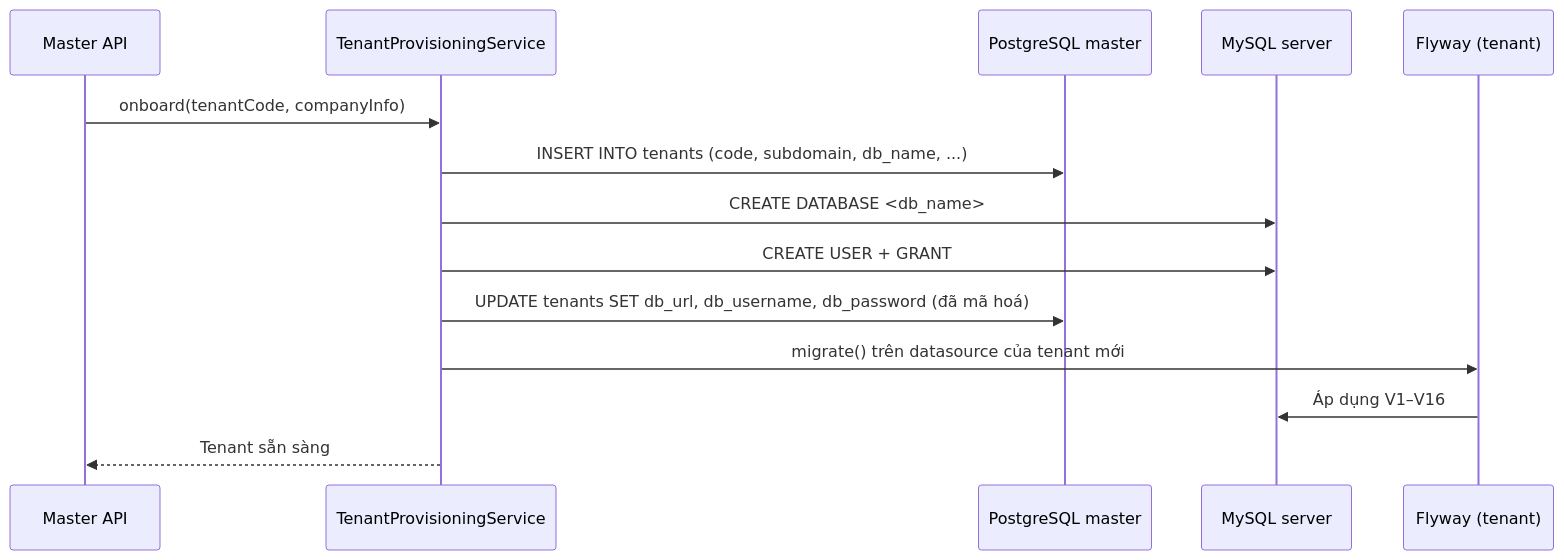
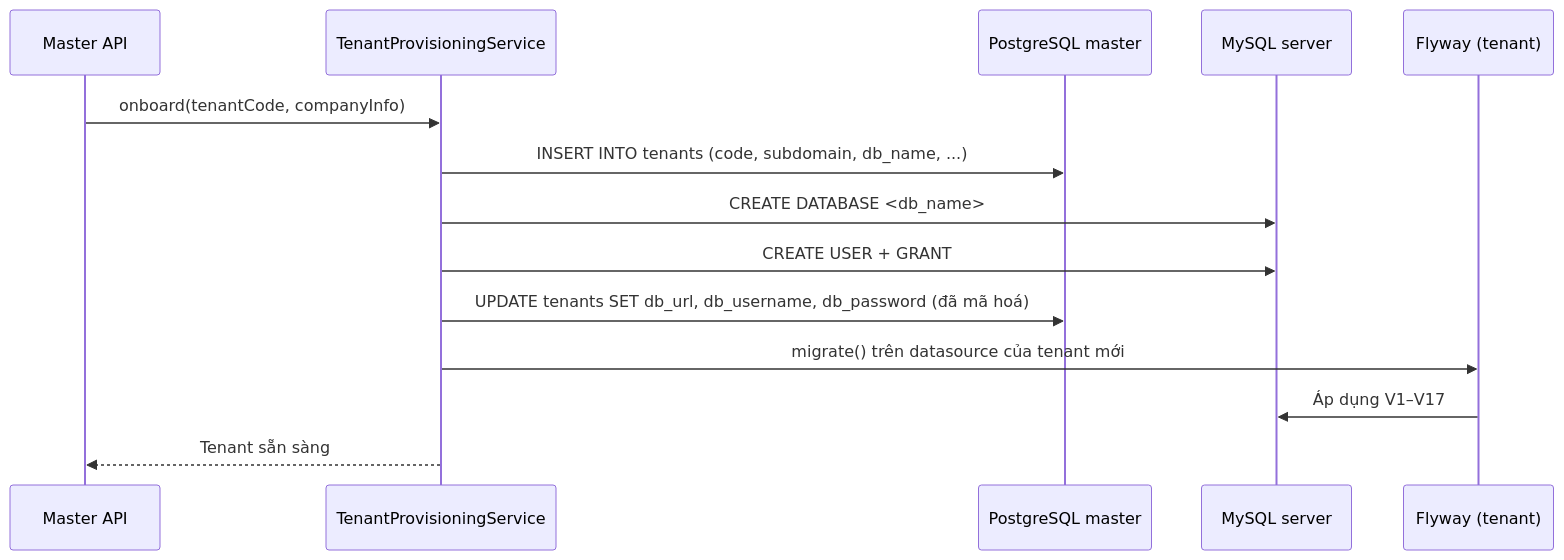
Diagram 12 of 12 in docs/database/README.md (hieupnh12/SmartHire-AI), drawn with Mermaid before and after one commit. The commit also changed other lines of this file and 39 other files, not shown here.

````diff
--- a/docs/database/README.md
+++ b/docs/database/README.md
@@ -1018,17 +1019,17 @@
 ```mermaid
 sequenceDiagram
     participant API as Master API
     participant PRV as TenantProvisioningService
     participant PG as PostgreSQL master
     participant MY as MySQL server
     participant FW as Flyway (tenant)
 
     API->>PRV: onboard(tenantCode, companyInfo)
     PRV->>PG: INSERT INTO tenants (code, subdomain, db_name, ...)
     PRV->>MY: CREATE DATABASE <db_name>
     PRV->>MY: CREATE USER + GRANT
     PRV->>PG: UPDATE tenants SET db_url, db_username, db_password (đã mã hoá)
     PRV->>FW: migrate() trên datasource của tenant mới
-    FW->>MY: Áp dụng V1–V16
+    FW->>MY: Áp dụng V1–V17
     PRV-->>API: Tenant sẵn sàng
 ```
````
